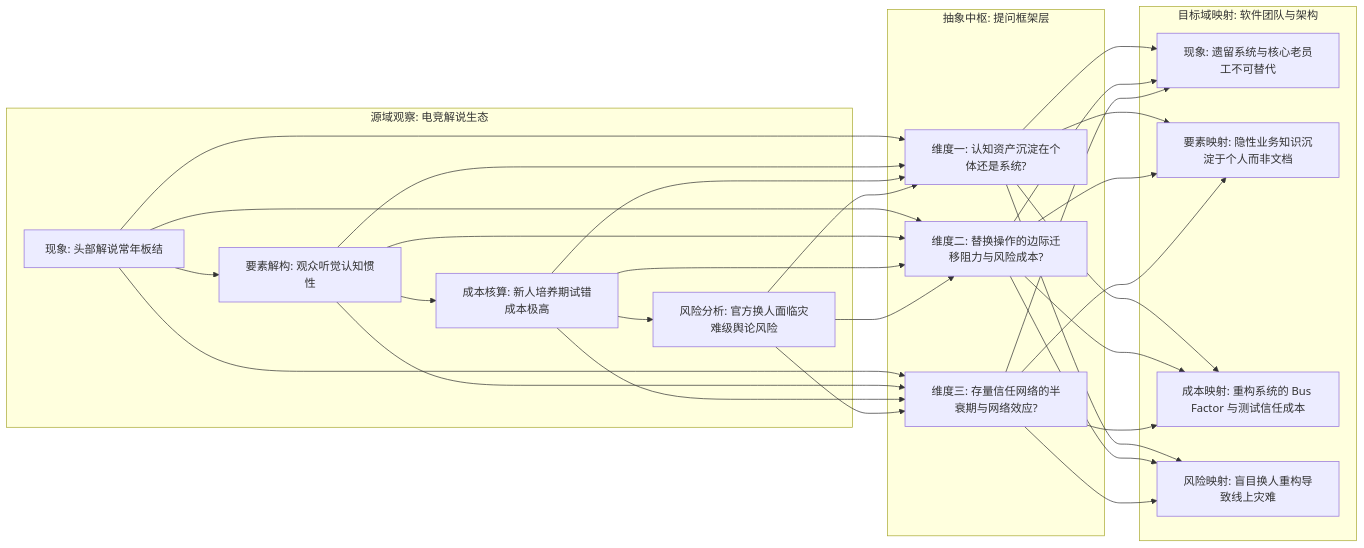
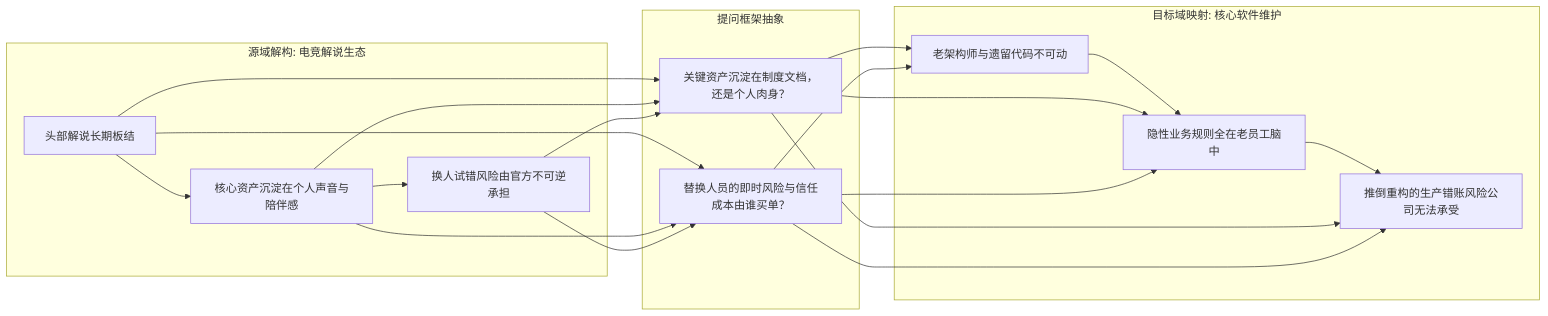
Before and after one commit to unendev/unendev.github.io: the second of 4 diagrams in src/content/blog/cognitive-throughput-voice-typing-llm-scaffolding.md, drawn with Mermaid. The commit also changed other lines of this file, not shown here.

````diff
--- a/src/content/blog/cognitive-throughput-voice-typing-llm-scaffolding.md
+++ b/src/content/blog/cognitive-throughput-voice-typing-llm-scaffolding.md
@@ -98,21 +96,17 @@
 ```mermaid
 flowchart LR
-    subgraph 源域观察: 电竞解说生态
-        S1[现象: 头部解说常年板结] --> S2[要素解构: 观众听觉认知惯性]
-        S2 --> S3[成本核算: 新人培养期试错成本极高]
-        S3 --> S4[风险分析: 官方换人面临灾难级舆论风险]
+    subgraph 源域解构: 电竞解说生态
+        S1[头部解说长期板结] --> S2[核心资产沉淀在个人声音与陪伴感]
+        S2 --> S3[换人试错风险由官方不可逆承担]
     end
-    subgraph 抽象中枢: 提问框架层
-        T1["维度一: 认知资产沉淀在个体还是系统?"]
-        T2["维度二: 替换操作的边际迁移阻力与风险成本?"]
-        T3["维度三: 存量信任网络的半衰期与网络效应?"]
+    subgraph 提问框架抽象
+        T1["关键资产沉淀在制度文档，还是个人肉身？"]
+        T2["替换人员的即时风险与信任成本由谁买单？"]
     end
-    subgraph 目标域映射: 软件团队与架构
-        D1[现象: 遗留系统与核心老员工不可替代]
-        D2[要素映射: 隐性业务知识沉淀于个人而非文档]
-        D3[成本映射: 重构系统的 Bus Factor 与测试信任成本]
-        D4[风险映射: 盲目换人重构导致线上灾难]
+    subgraph 目标域映射: 核心软件维护
+        D1[老架构师与遗留代码不可动] --> D2[隐性业务规则全在老员工脑中]
+        D2 --> D3[推倒重构的生产错账风险公司无法承受]
     end
-    S1 & S2 & S3 & S4 --> T1 & T2 & T3
-    T1 & T2 & T3 --> D1 & D2 & D3 & D4
+    S1 & S2 & S3 --> T1 & T2
+    T1 & T2 --> D1 & D2 & D3
 ```
````
